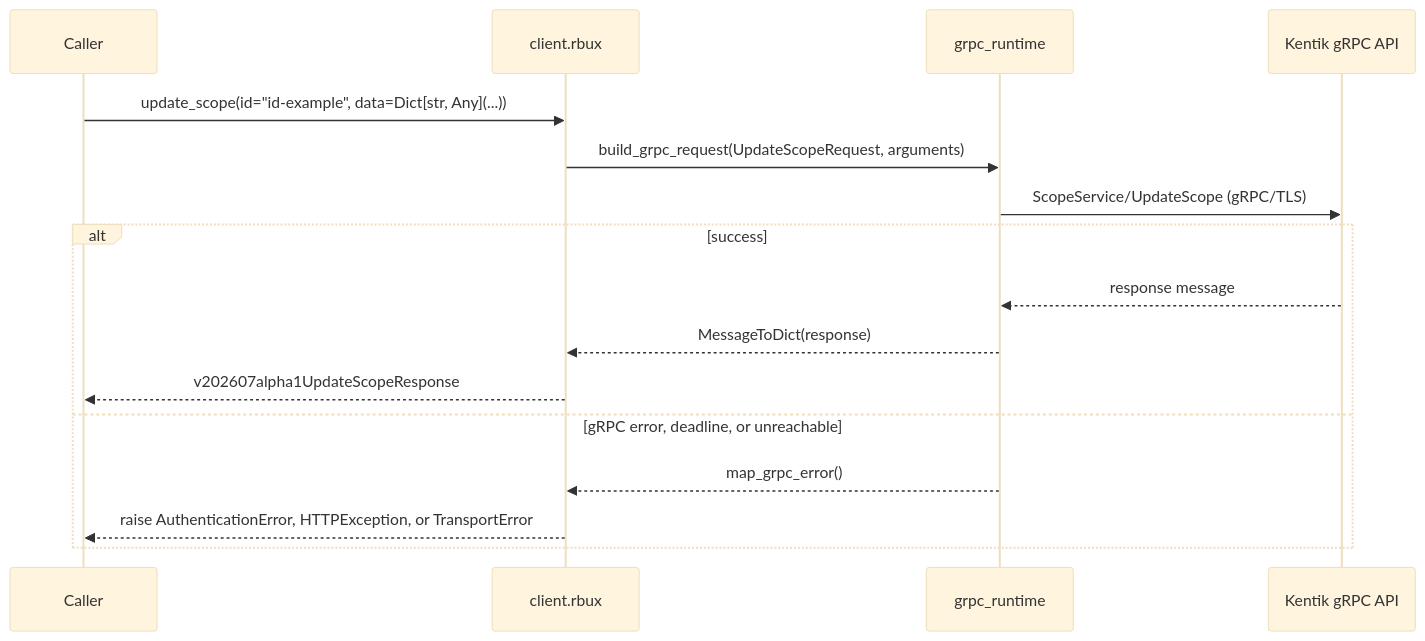
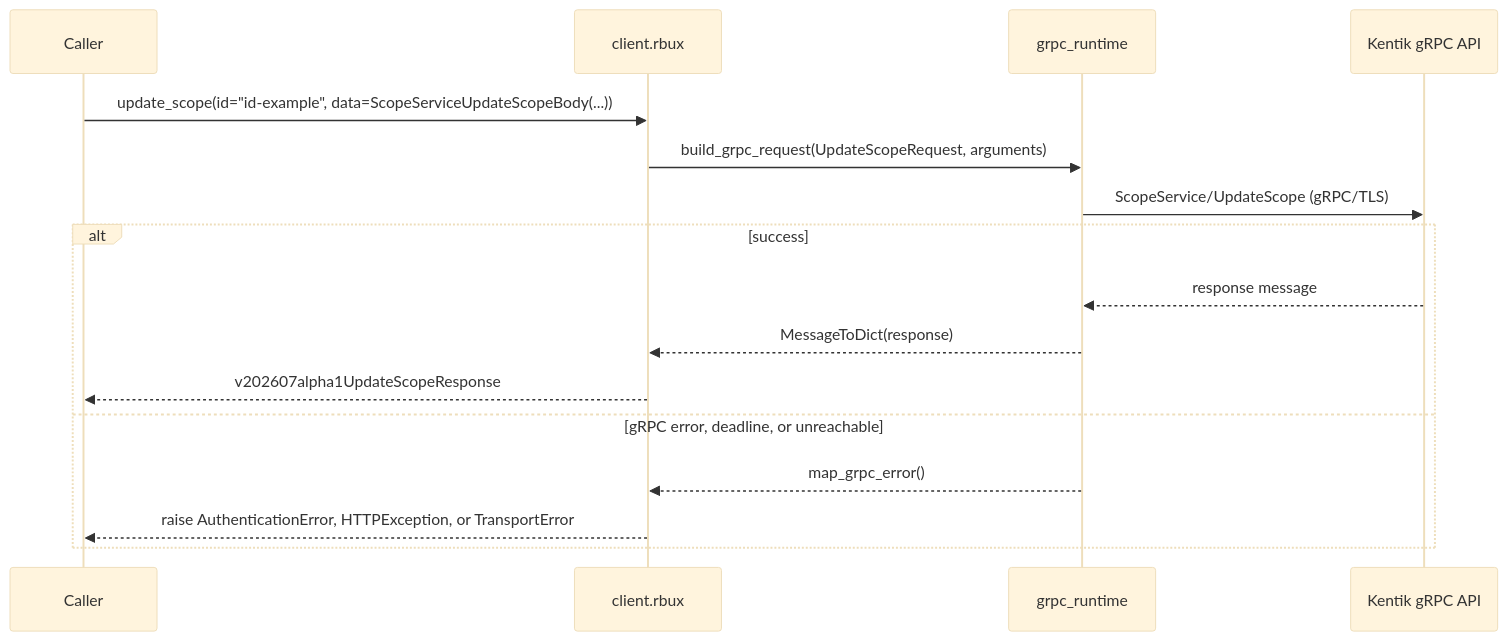
Before and after one commit to alexdearaujo/community_sdk_python: the ninth of 12 diagrams in docs/sphinx/services/rbux.md, drawn with Mermaid (base theme). The commit also changed other lines of this file and 85 other files, not shown here.

````diff
--- a/docs/sphinx/services/rbux.md
+++ b/docs/sphinx/services/rbux.md
@@ -279,19 +279,19 @@
 ```mermaid
 sequenceDiagram
     participant C as Caller
     participant W as client.rbux
     participant R as grpc_runtime
     participant API as Kentik gRPC API
 
-    C->>W: update_scope(id="id-example", data=Dict[str, Any](...))
+    C->>W: update_scope(id="id-example", data=ScopeServiceUpdateScopeBody(...))
     W->>R: build_grpc_request(UpdateScopeRequest, arguments)
     R->>API: ScopeService/UpdateScope (gRPC/TLS)
     alt success
         API-->>R: response message
         R-->>W: MessageToDict(response)
         W-->>C: v202607alpha1UpdateScopeResponse
     else gRPC error, deadline, or unreachable
         R-->>W: map_grpc_error()
         W-->>C: raise AuthenticationError, HTTPException, or TransportError
     end
 ```
````
